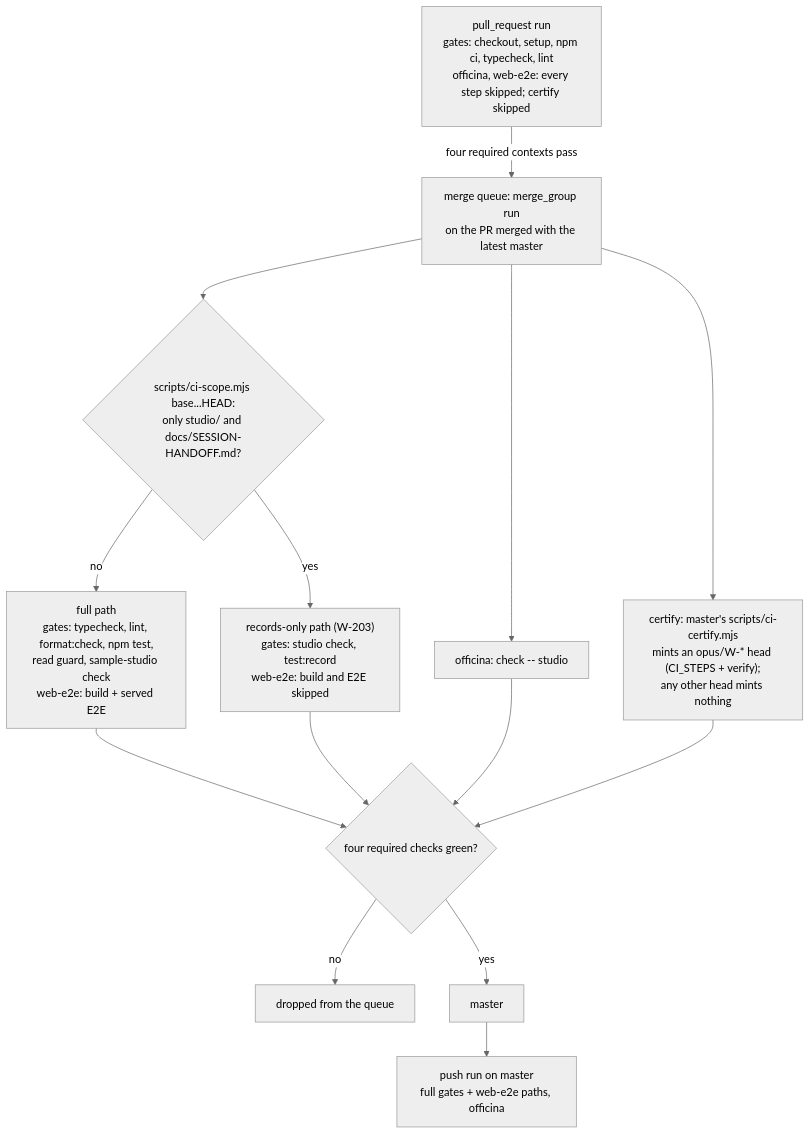
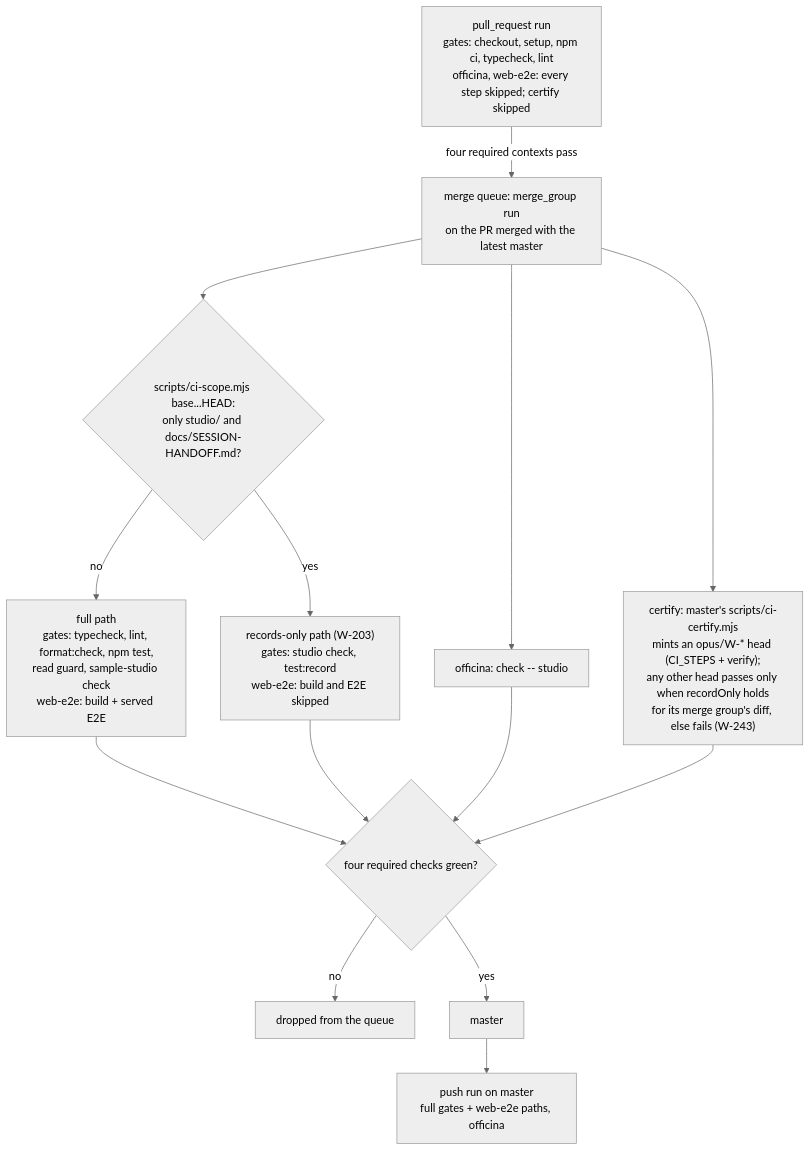
Before and after one commit to Round-Block/bisellium: the fifth of 5 diagrams in docs/ARCHITECTURE.md, drawn with Mermaid (neutral theme). The commit also changed other lines of this file and 1 other file, not shown here.

Commit message:
docs(W-243): certify judges a non-opus head by its diff; pr refuses a merge commit

````diff
--- a/docs/ARCHITECTURE.md
+++ b/docs/ARCHITECTURE.md
@@ -251,26 +251,26 @@
 ```mermaid
 flowchart TD
   pr["pull_request run<br/>gates: checkout, setup, npm ci, typecheck, lint<br/>officina, web-e2e: every step skipped; certify skipped"]
   queue["merge queue: merge_group run<br/>on the PR merged with the latest master"]
   scope{"scripts/ci-scope.mjs base...HEAD:<br/>only studio/ and docs/SESSION-HANDOFF.md?"}
   full["full path<br/>gates: typecheck, lint, format:check, npm test,<br/>read guard, sample-studio check<br/>web-e2e: build + served E2E"]
   records["records-only path (W-203)<br/>gates: studio check, test:record<br/>web-e2e: build and E2E skipped"]
   officina["officina: check -- studio"]
-  certify["certify: master's scripts/ci-certify.mjs<br/>mints an opus/W-* head (CI_STEPS + verify);<br/>any other head mints nothing"]
+  certify["certify: master's scripts/ci-certify.mjs<br/>mints an opus/W-* head (CI_STEPS + verify);<br/>any other head passes only when recordOnly holds<br/>for its merge group's diff, else fails (W-243)"]
   green{"four required checks green?"}
   dropped["dropped from the queue"]
   master["master"]
   push["push run on master<br/>full gates + web-e2e paths, officina"]
   pr -- "four required contexts pass" --> queue
   queue --> scope
   scope -- no --> full
   scope -- yes --> records
   queue --> officina
   queue --> certify
   full --> green
   records --> green
   officina --> green
   certify --> green
   green -- no --> dropped
   green -- yes --> master --> push
 ```
````
